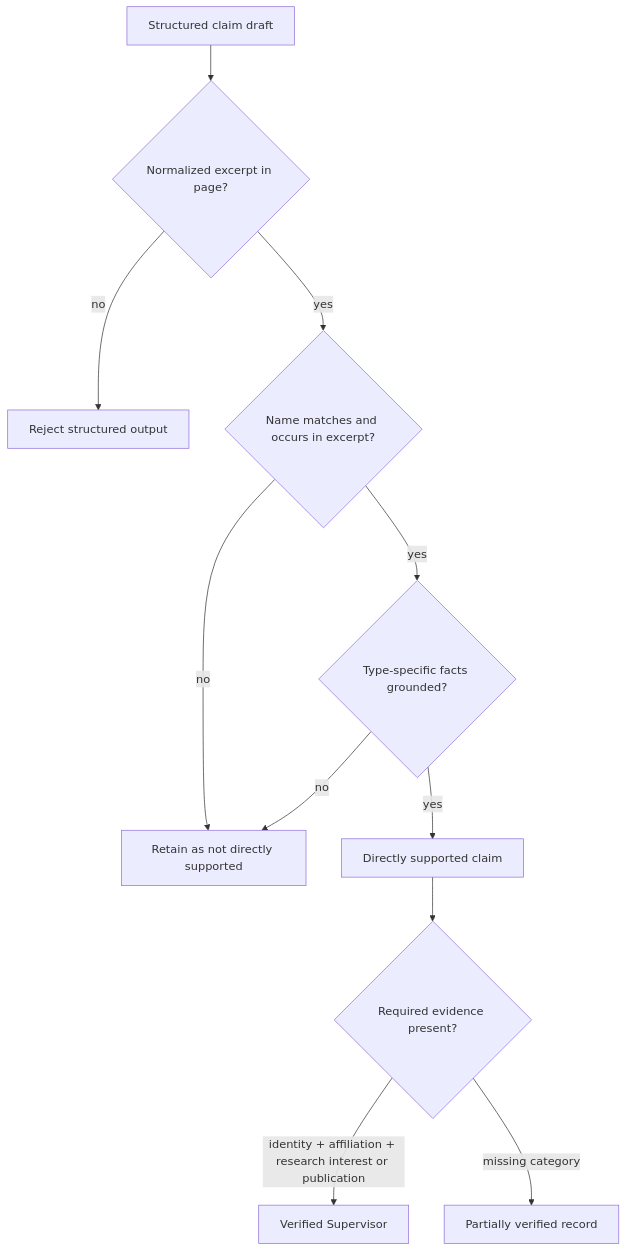
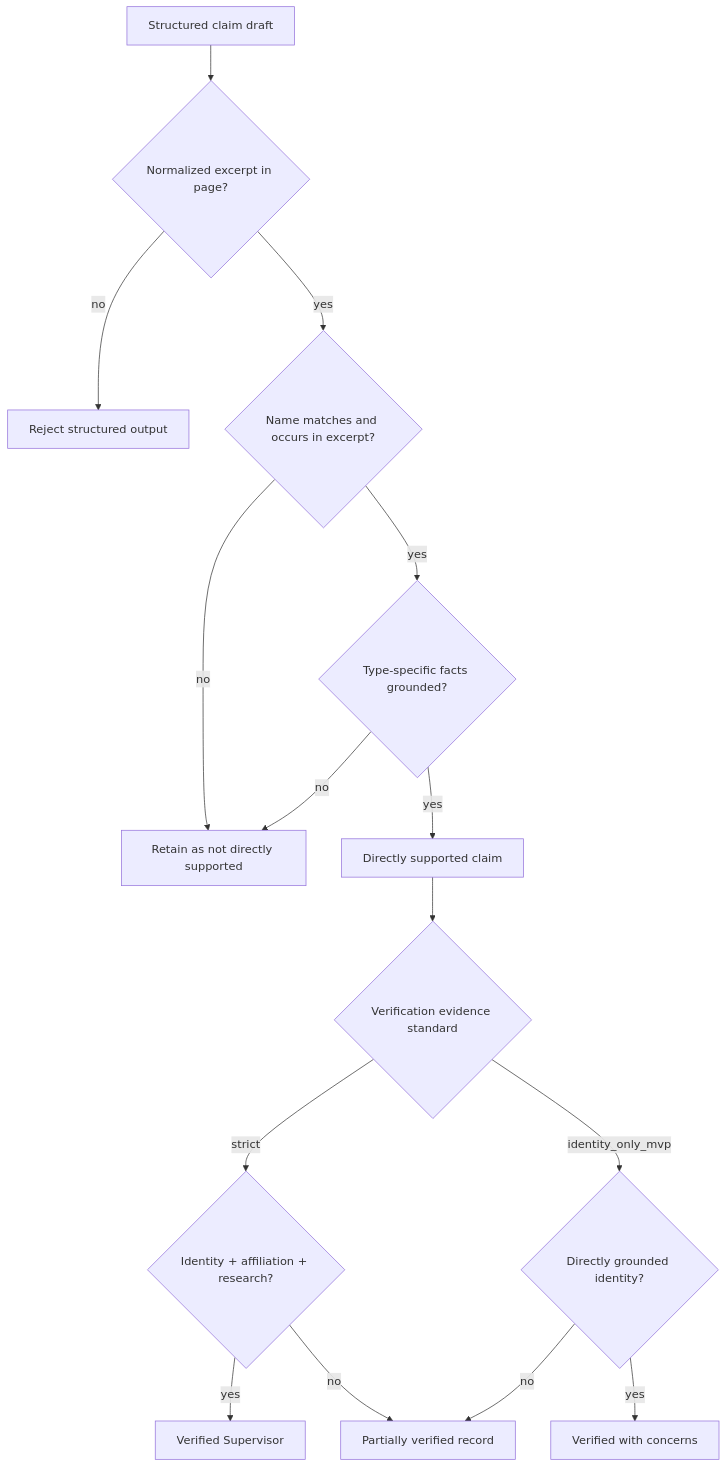
Before and after one commit to shanly-rajan/ai-builder: diagram 15 of 29 in projects/scholar-path/docs/architecture.md, drawn with Mermaid. The commit also changed other lines of this file and 23 other files, not shown here.

Commit message:
feat: add identity-only MVP evidence standard

````diff
--- a/projects/scholar-path/docs/architecture.md
+++ b/projects/scholar-path/docs/architecture.md
@@ -626,13 +626,17 @@
 ```mermaid
 flowchart TD
     Draft[Structured claim draft] --> Excerpt{Normalized excerpt in page?}
     Excerpt -->|no| Reject[Reject structured output]
     Excerpt -->|yes| Subject{Name matches and occurs in excerpt?}
     Subject -->|no| Indirect[Retain as not directly supported]
     Subject -->|yes| Type{Type-specific facts grounded?}
     Type -->|no| Indirect
     Type -->|yes| Direct[Directly supported claim]
-    Direct --> Required{Required evidence present?}
-    Required -->|identity + affiliation + research interest or publication| Verified[Verified Supervisor]
-    Required -->|missing category| Partial[Partially verified record]
+    Direct --> Standard{Verification evidence standard}
+    Standard -->|strict| Required{Identity + affiliation + research?}
+    Standard -->|identity_only_mvp| Identity{Directly grounded identity?}
+    Required -->|yes| Verified[Verified Supervisor]
+    Required -->|no| Partial[Partially verified record]
+    Identity -->|yes| Limited[Verified with concerns]
+    Identity -->|no| Partial
 ```
````
